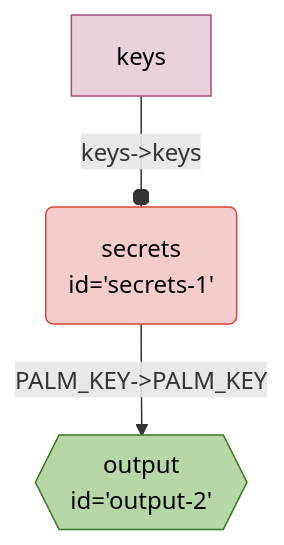
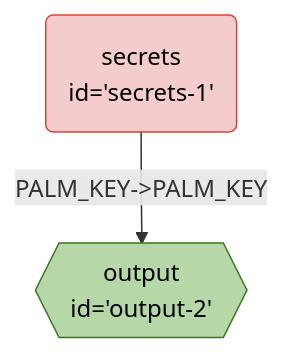
The diagram in seeds/graph-playground/docs/graphs/output-secret.md (breadboard-ai/breadboard), drawn with Mermaid before and after one commit. The commit also changed 30 other files, not shown here.

````diff
--- a/seeds/graph-playground/docs/graphs/output-secret.md
+++ b/seeds/graph-playground/docs/graphs/output-secret.md
@@ -5,14 +5,13 @@
   ```mermaid
   %%{init: 'themeVariables': { 'fontFamily': 'Fira Code, monospace' }}%%
 graph TD;
 secrets1("secrets <br> id='secrets-1'"):::secrets -- "PALM_KEY->PALM_KEY" --> output2{{"output <br> id='output-2'"}}:::output
-keyssecrets1[keys]:::config -- "keys->keys" --o secrets1
 classDef default stroke:#ffab40,fill:#fff2ccff,color:#000
 classDef input stroke:#3c78d8,fill:#c9daf8ff,color:#000
 classDef output stroke:#38761d,fill:#b6d7a8ff,color:#000
 classDef passthrough stroke:#a64d79,fill:#ead1dcff,color:#000
 classDef slot stroke:#a64d79,fill:#ead1dcff,color:#000
 classDef config stroke:#a64d79,fill:#ead1dcff,color:#000
 classDef secrets stroke:#db4437,fill:#f4cccc,color:#000
 classDef slotted stroke:#a64d79
   ```
````
